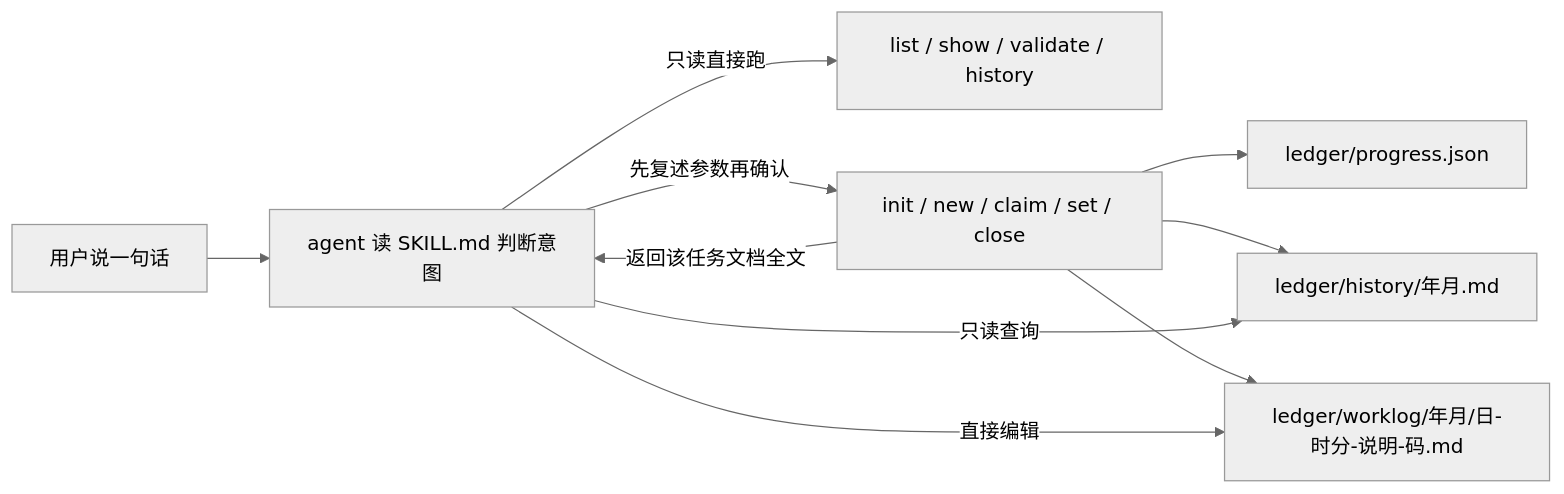
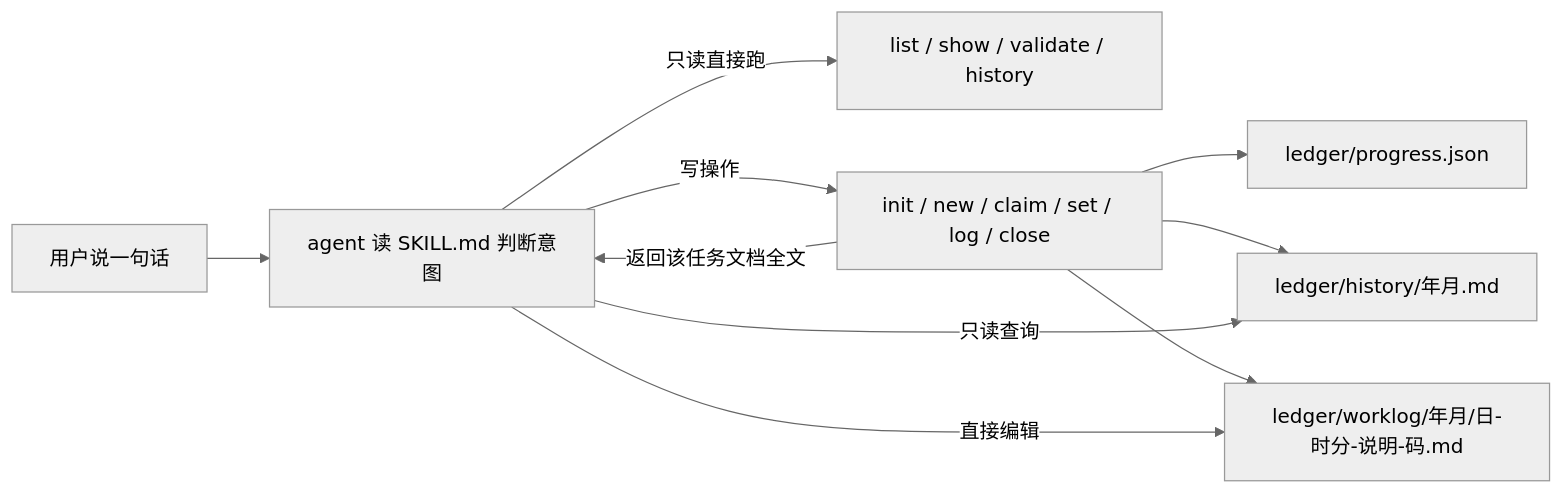
The first of 2 diagrams in packages/skill/README.md (cq-guojia/dsh-task-ledger), drawn with Mermaid (neutral theme) before and after one commit. The commit also changed other lines of this file and 17 other files, not shown here.

````diff
--- a/packages/skill/README.md
+++ b/packages/skill/README.md
@@ -170,12 +170,12 @@
 ```mermaid
 graph LR
     U[用户说一句话] --> A[agent 读 SKILL.md 判断意图]
     A -->|只读直接跑| R[list / show / validate / history]
-    A -->|先复述参数再确认| W[init / new / claim / set / close]
+    A -->|写操作| W[init / new / claim / set / log / close]
     W --> P[ledger/progress.json]
     W --> H[ledger/history/年月.md]
     W --> M[ledger/worklog/年月/日-时分-说明-码.md]
     A -->|直接编辑| M
     A -->|只读查询| H
     W -->|返回该任务文档全文| A
 ```
````
